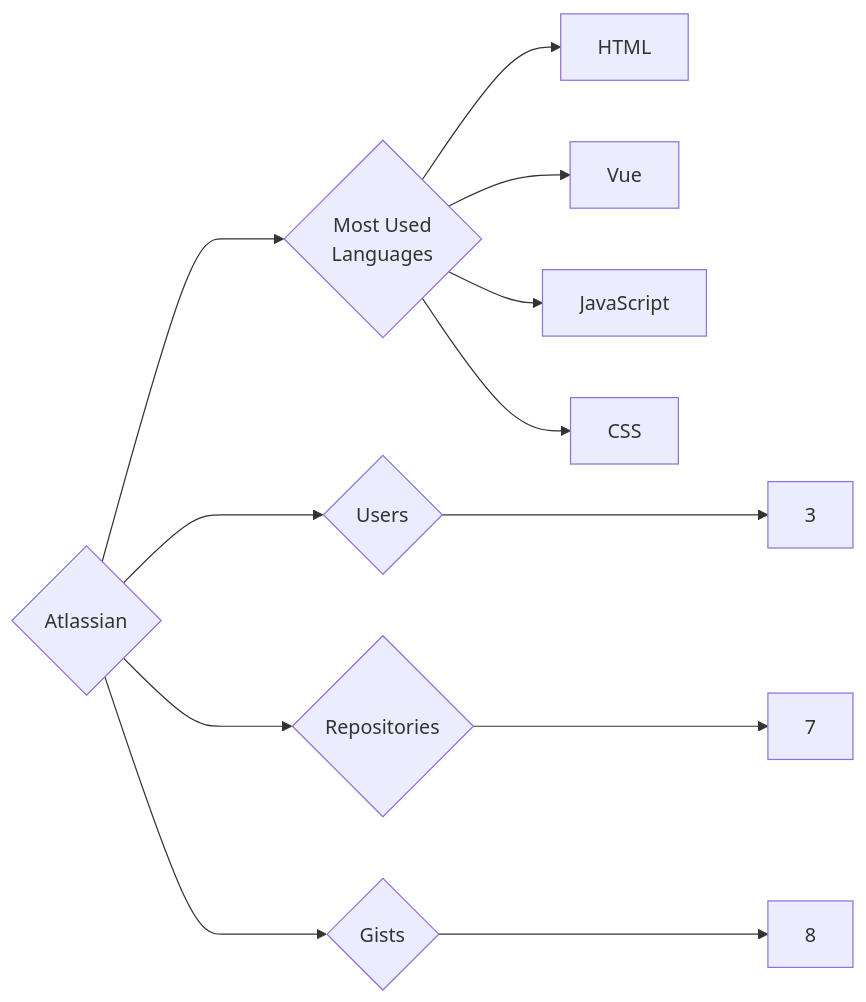
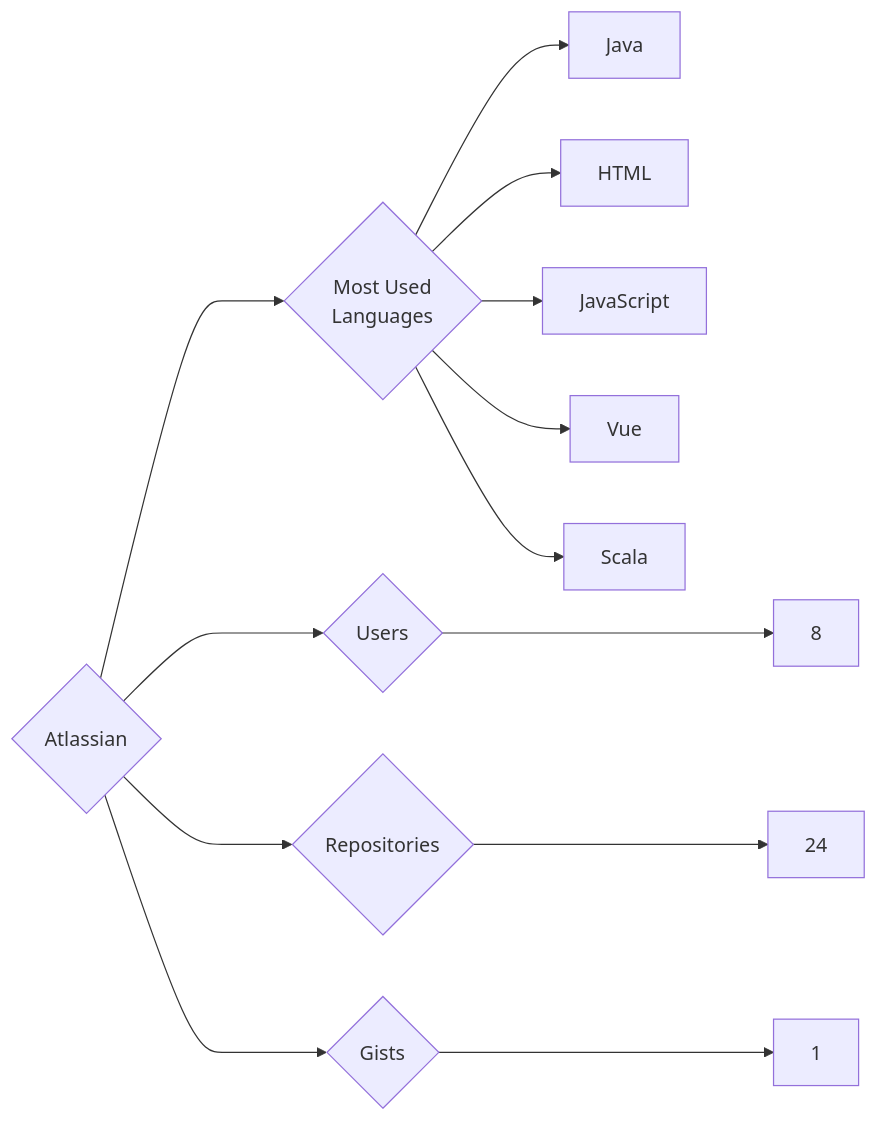
One commit to trickest/insiders changed the diagram in targets/Atlassian/README.md. Above: the diagram before and after it, drawn with Mermaid. The commit also changed 1089 other files, not shown here.

````diff
--- a/targets/Atlassian/README.md
+++ b/targets/Atlassian/README.md
@@ -3,12 +3,13 @@
 ```mermaid
 graph LR
 COMPANY_NAME{Atlassian}
-COMPANY_NAME ---> U{Users} ---> UN[3]
-COMPANY_NAME ---> R{Repositories} ---> RN[7]
-COMPANY_NAME ---> G{Gists} ---> GN[8]
+COMPANY_NAME ---> U{Users} ---> UN[8]
+COMPANY_NAME ---> R{Repositories} ---> RN[24]
+COMPANY_NAME ---> G{Gists} ---> GN[1]
 COMPANY_NAME ---> ML{Most Used<br>Languages}
+ML --> Java[Java]
 ML --> HTML[HTML]
+ML --> JavaScript[JavaScript]
 ML --> Vue[Vue]
-ML --> JavaScript[JavaScript]
-ML --> CSS[CSS]
+ML --> Scala[Scala]
 ```
````
